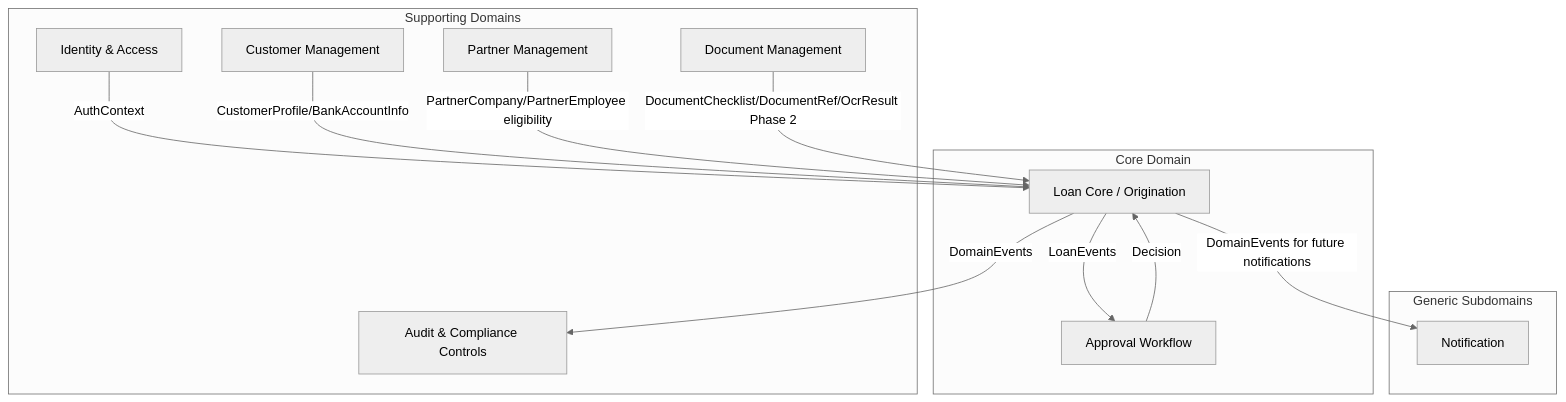
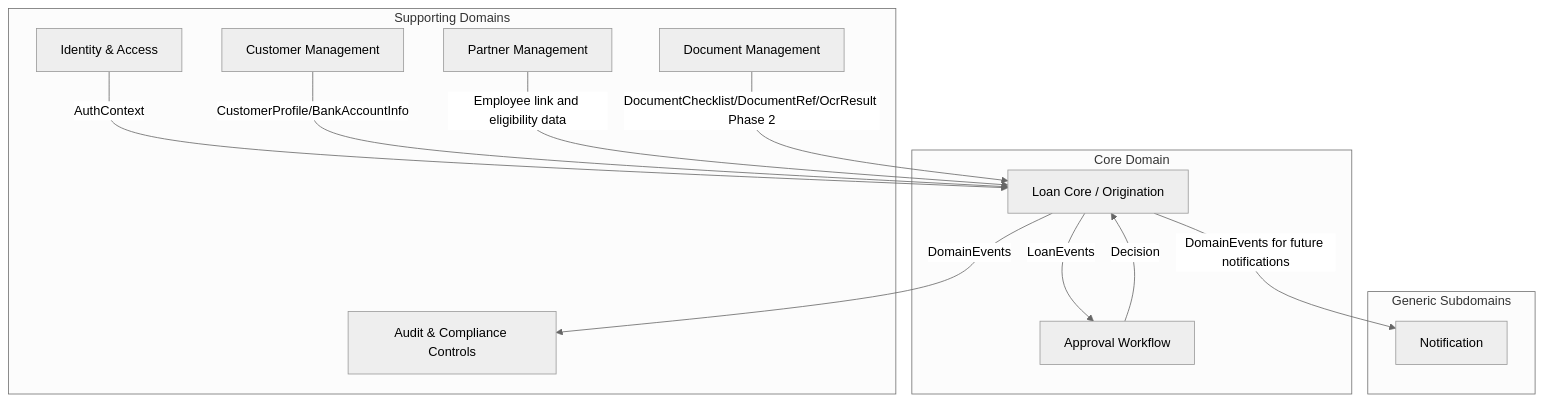
Before and after one commit to dongduy-dev/meridian-finance: the diagram in docs/architecture/MER-ARCH-001-bounded-contexts.md, drawn with Mermaid (neutral theme). The commit also changed other lines of this file and 5 other files, not shown here.

````diff
--- a/docs/architecture/MER-ARCH-001-bounded-contexts.md
+++ b/docs/architecture/MER-ARCH-001-bounded-contexts.md
@@ -5,25 +5,25 @@
 ```mermaid
 graph TB
     subgraph Core["Core Domain"]
         LOAN["Loan Core / Origination"]
         APPROVAL["Approval Workflow"]
     end
     subgraph Supporting["Supporting Domains"]
         IAM["Identity & Access"]
         CUSTOMER["Customer Management"]
         PARTNER["Partner Management"]
         DOC["Document Management"]
         AUDIT["Audit & Compliance Controls"]
     end
     subgraph Generic["Generic Subdomains"]
         NOTIF["Notification"]
     end
     IAM -->|AuthContext| LOAN
     CUSTOMER -->|CustomerProfile/BankAccountInfo| LOAN
-    PARTNER -->|PartnerCompany/PartnerEmployee eligibility| LOAN
+    PARTNER -->|Employee link and eligibility data| LOAN
     LOAN -->|LoanEvents| APPROVAL
     APPROVAL -->|Decision| LOAN
     DOC -->|DocumentChecklist/DocumentRef/OcrResult Phase 2| LOAN
     LOAN -->|DomainEvents| AUDIT
     LOAN -->|DomainEvents for future notifications| NOTIF
 ```
````
